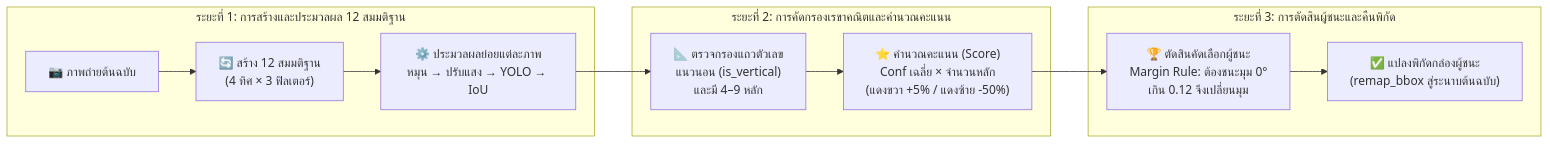
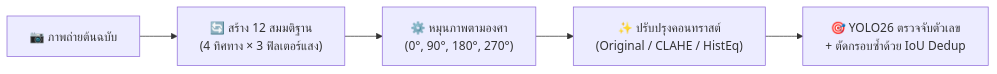
Before and after one commit to jirathxz/meter-reader: diagram 11 of 17 in TUTORIAL.md, drawn with Mermaid. The commit also changed other lines of this file, not shown here.

Commit message:
style(docs): split all remaining diagrams (1.3, 1.4, 3.1) into standalone A4-friendly diagrams

````diff
--- a/TUTORIAL.md
+++ b/TUTORIAL.md
@@ -804,17 +883,7 @@
 ```mermaid
 flowchart LR
-  subgraph Phase1 ["ระยะที่ 1: การสร้างและประมวลผล 12 สมมติฐาน"]
-    A["📷 ภาพถ่ายต้นฉบับ"] --> B["🔄 สร้าง 12 สมมติฐาน<br/>(4 ทิศ × 3 ฟิลเตอร์)"]
-    B --> C["⚙️ ประมวลผลย่อยแต่ละภาพ<br/>หมุน → ปรับแสง → YOLO → IoU"]
-  end
-
-  subgraph Phase2 ["ระยะที่ 2: การคัดกรองเรขาคณิตและคำนวณคะแนน"]
-    C --> D["📐 ตรวจกรองแถวตัวเลข<br/>แนวนอน (is_vertical)<br/>และมี 4–9 หลัก"]
-    D --> E["⭐ คำนวณคะแนน (Score)<br/>Conf เฉลี่ย × จำนวนหลัก<br/>(แดงขวา +5% / แดงซ้าย -50%)"]
-  end
-
-  subgraph Phase3 ["ระยะที่ 3: การตัดสินผู้ชนะและคืนพิกัด"]
-    E --> F["🏆 ตัดสินคัดเลือกผู้ชนะ<br/>Margin Rule: ต้องชนะมุม 0°<br/>เกิน 0.12 จึงเปลี่ยนมุม"]
-    F --> G["✅ แปลงพิกัดกล่องผู้ชนะ<br/>(remap_bbox สู่ระนาบต้นฉบับ)"]
-  end
+  A["📷 ภาพถ่ายต้นฉบับ"] --> B["🔄 สร้าง 12 สมมติฐาน<br/>(4 ทิศทาง × 3 ฟิลเตอร์แสง)"]
+  B --> C["⚙️ หมุนภาพตามองศา<br/>(0°, 90°, 180°, 270°)"]
+  C --> D["✨ ปรับปรุงคอนทราสต์<br/>(Original / CLAHE / HistEq)"]
+  D --> E["🎯 YOLO26 ตรวจจับตัวเลข<br/>+ ตัดกรอบซ้ำด้วย IoU Dedup"]
 ```
````
